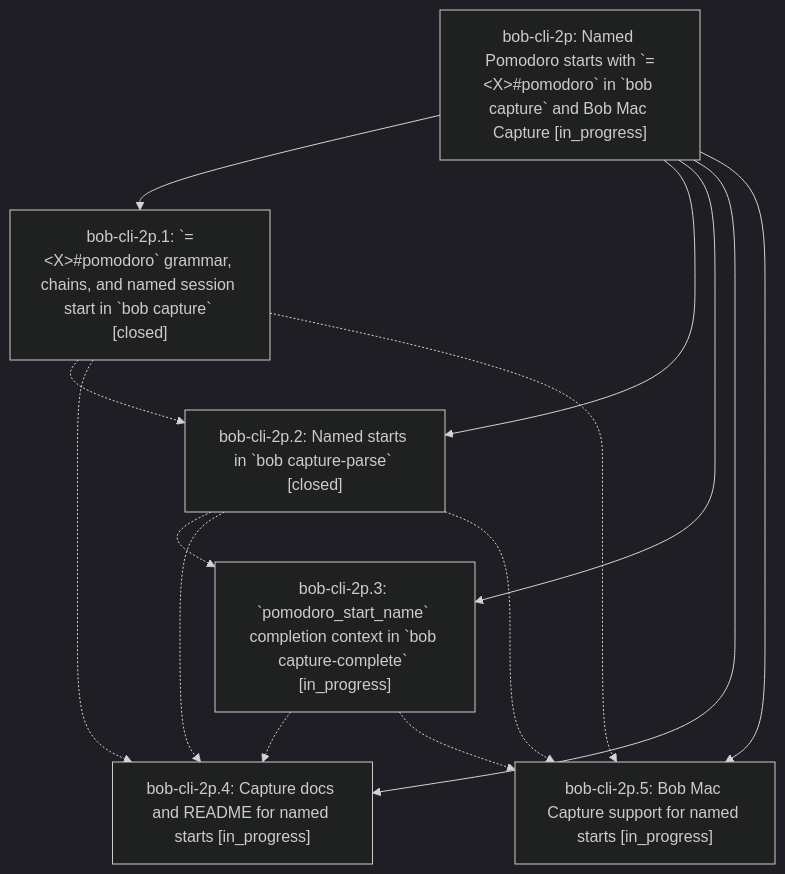
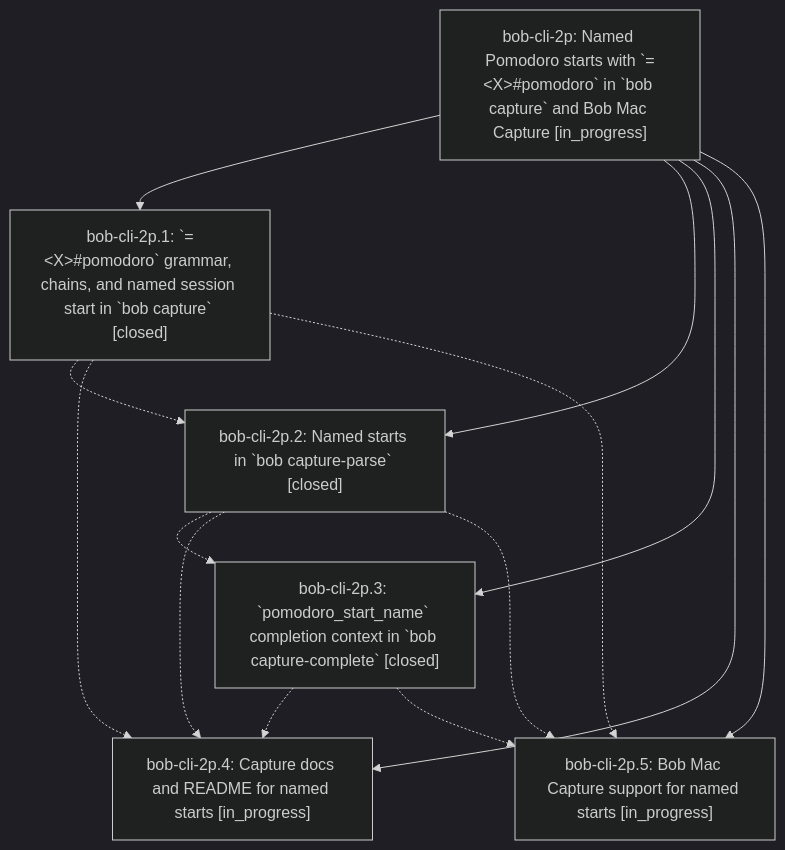
The diagram in pages/bob-cli-2p/README.md (bobs-org/bob-cli--beads), drawn with Mermaid (dark theme) before and after one commit. The commit also changed other lines of this file and 4 other files, not shown here.

First line of the commit message:
chore(beads): sync bead state and pages for bob-cli-2p

````diff
--- a/pages/bob-cli-2p/README.md
+++ b/pages/bob-cli-2p/README.md
@@ -26,22 +26,22 @@
 ```mermaid
 flowchart TD
     n0["bob-cli-2p: Named Pomodoro starts with `=&lt;X&gt;#pomodoro` in `bob capture` and Bob Mac Capture [in_progress]"]
     n1["bob-cli-2p.1: `=&lt;X&gt;#pomodoro` grammar, chains, and named session start in `bob capture` [closed]"]
     n2["bob-cli-2p.2: Named starts in `bob capture-parse` [closed]"]
-    n3["bob-cli-2p.3: `pomodoro_start_name` completion context in `bob capture-complete` [in_progress]"]
+    n3["bob-cli-2p.3: `pomodoro_start_name` completion context in `bob capture-complete` [closed]"]
     n4["bob-cli-2p.4: Capture docs and README for named starts [in_progress]"]
     n5["bob-cli-2p.5: Bob Mac Capture support for named starts [in_progress]"]
     n0 --> n1
     n0 --> n2
     n0 --> n3
     n0 --> n4
     n0 --> n5
     n1 -.-> n2
     n1 -.-> n4
     n1 -.-> n5
     n2 -.-> n3
     n2 -.-> n4
     n2 -.-> n5
     n3 -.-> n4
     n3 -.-> n5
 ```
````
